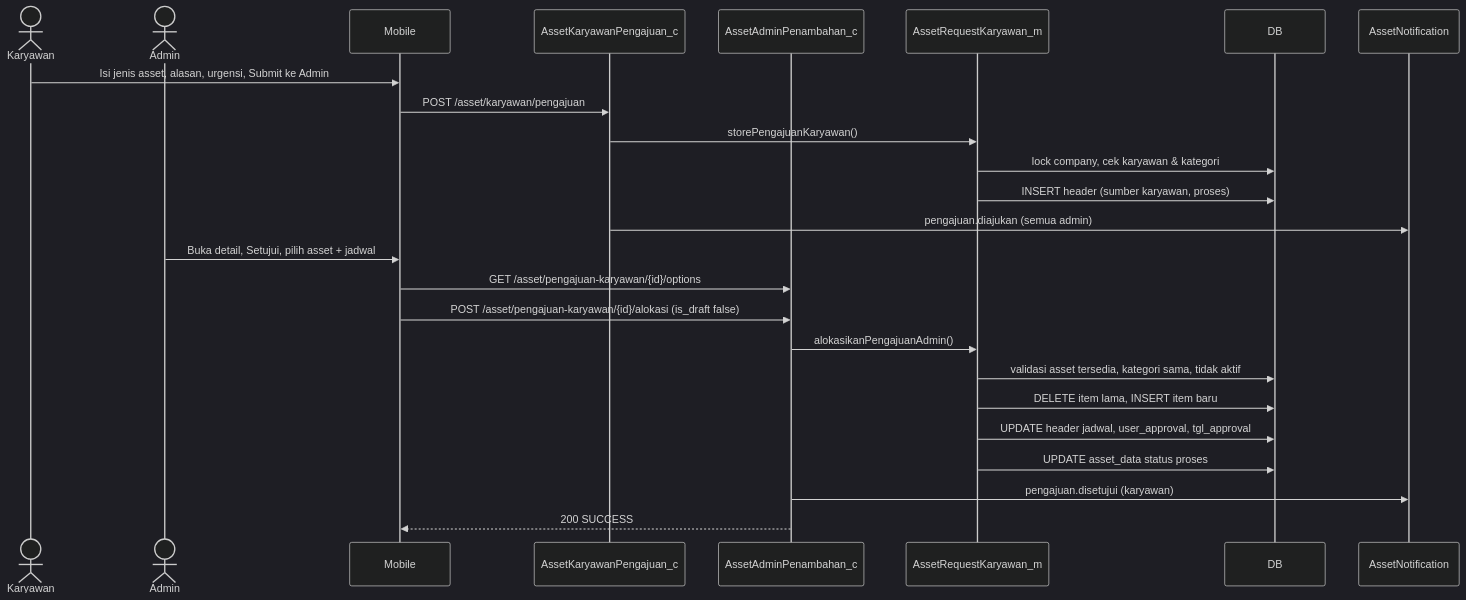
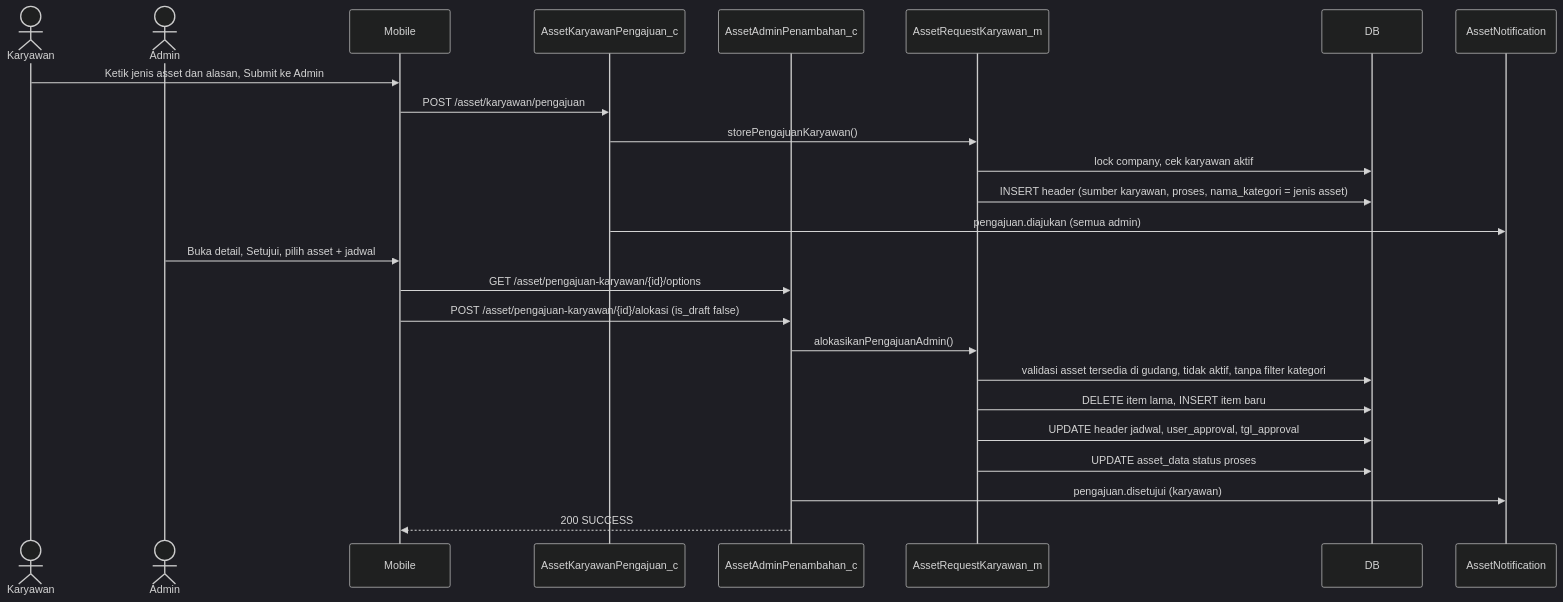
The second of 5 diagrams in dokumentasi-asset-request-penambahan-karyawan.md (setiyawan12/DOKUMENTASI-ASSET), drawn with Mermaid (dark theme) before and after one commit. The commit also changed other lines of this file and 12 other files, not shown here.

````diff
--- a/dokumentasi-asset-request-penambahan-karyawan.md
+++ b/dokumentasi-asset-request-penambahan-karyawan.md
@@ -286,28 +286,28 @@
 ```mermaid
 sequenceDiagram
     actor K as Karyawan
     actor A as Admin
     participant M as Mobile
     participant CK as AssetKaryawanPengajuan_c
     participant CA as AssetAdminPenambahan_c
     participant R as AssetRequestKaryawan_m
     participant DB
     participant N as AssetNotification
 
-    K->>M: Isi jenis asset, alasan, urgensi, Submit ke Admin
+    K->>M: Ketik jenis asset dan alasan, Submit ke Admin
     M->>CK: POST /asset/karyawan/pengajuan
     CK->>R: storePengajuanKaryawan()
-    R->>DB: lock company, cek karyawan & kategori
-    R->>DB: INSERT header (sumber karyawan, proses)
+    R->>DB: lock company, cek karyawan aktif
+    R->>DB: INSERT header (sumber karyawan, proses, nama_kategori = jenis asset)
     CK->>N: pengajuan.diajukan (semua admin)
     A->>M: Buka detail, Setujui, pilih asset + jadwal
     M->>CA: GET /asset/pengajuan-karyawan/{id}/options
     M->>CA: POST /asset/pengajuan-karyawan/{id}/alokasi (is_draft false)
     CA->>R: alokasikanPengajuanAdmin()
-    R->>DB: validasi asset tersedia, kategori sama, tidak aktif
+    R->>DB: validasi asset tersedia di gudang, tidak aktif, tanpa filter kategori
     R->>DB: DELETE item lama, INSERT item baru
     R->>DB: UPDATE header jadwal, user_approval, tgl_approval
     R->>DB: UPDATE asset_data status proses
     CA->>N: pengajuan.disetujui (karyawan)
     CA-->>M: 200 SUCCESS
 ```
````
